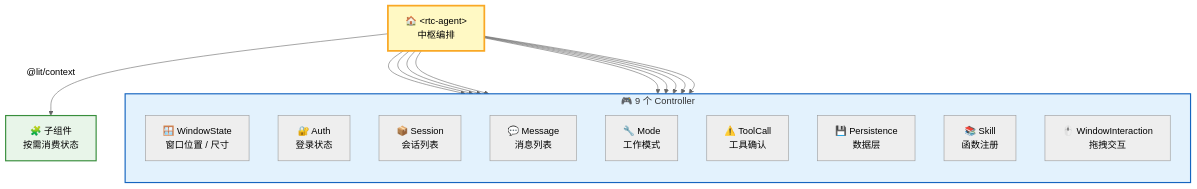
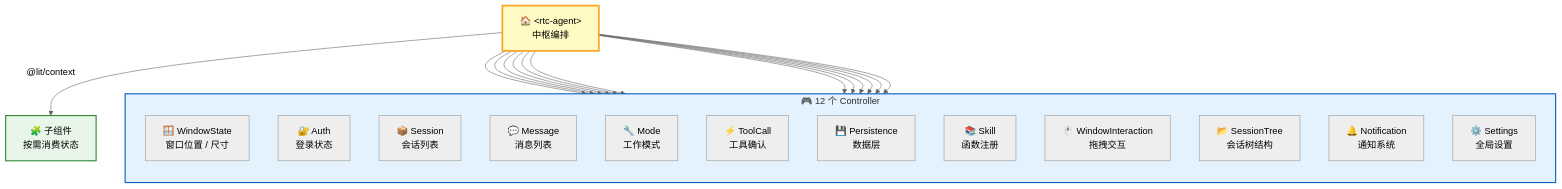
The third of 9 diagrams in src/content/docs/architecture/frontend.md (rtc-agent/docs), drawn with Mermaid (neutral theme) before and after one commit. The commit also changed other lines of this file and 35 other files, not shown here.

````diff
--- a/src/content/docs/architecture/frontend.md
+++ b/src/content/docs/architecture/frontend.md
@@ -88,31 +111,37 @@
 ```mermaid
 flowchart TD
-    subgraph CONTROLLERS["🎮 9 个 Controller"]
+    subgraph CONTROLLERS["🎮 12 个 Controller"]
         direction TB
         C1["🪟 WindowState<br/>窗口位置 / 尺寸"]
         C2["🔐 Auth<br/>登录状态"]
         C3["📦 Session<br/>会话列表"]
         C4["💬 Message<br/>消息列表"]
         C5["🔧 Mode<br/>工作模式"]
-        C6["⚠️ ToolCall<br/>工具确认"]
+        C6["⚡ ToolCall<br/>工具确认"]
         C7["💾 Persistence<br/>数据层"]
         C8["📚 Skill<br/>函数注册"]
         C9["🖱️ WindowInteraction<br/>拖拽交互"]
+        C10["📂 SessionTree<br/>会话树结构"]
+        C11["🔔 Notification<br/>通知系统"]
+        C12["⚙️ Settings<br/>全局设置"]
     end
 
     ROOT["🏠 &lt;rtc-agent&gt;<br/>中枢编排"] --> C1
     ROOT --> C2
     ROOT --> C3
     ROOT --> C4
     ROOT --> C5
     ROOT --> C6
     ROOT --> C7
     ROOT --> C8
     ROOT --> C9
+    ROOT --> C10
+    ROOT --> C11
+    ROOT --> C12
 
     ROOT -->|"@lit/context"| CHILDREN["🧩 子组件<br/>按需消费状态"]
 
     style ROOT fill:#fff9c4,stroke:#f9a825,stroke-width:3px
     style CONTROLLERS fill:#e3f2fd,stroke:#1565c0,stroke-width:2px
     style CHILDREN fill:#e8f5e9,stroke:#388e3c,stroke-width:2px
 ```
````
